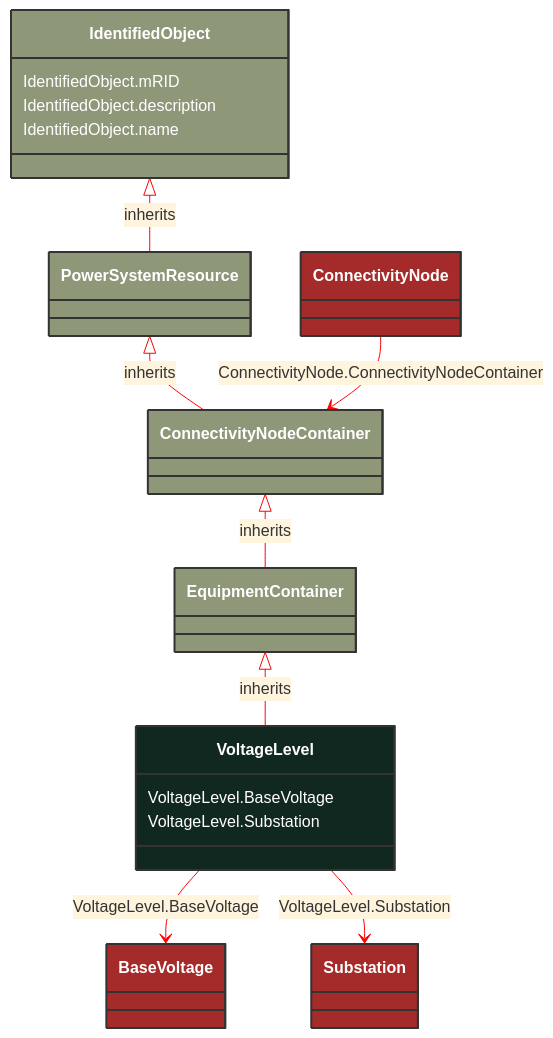
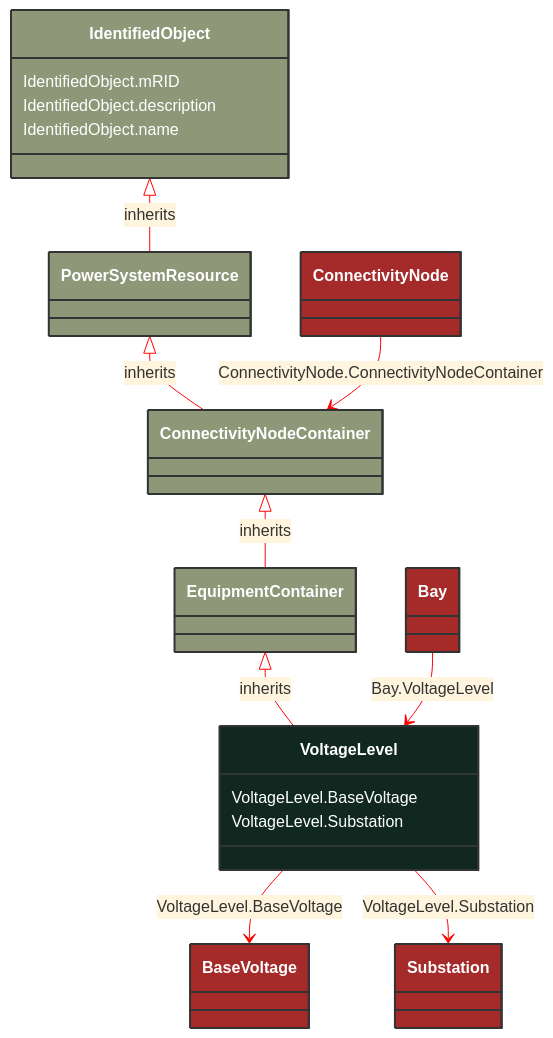
One commit to 3lbits/NoCIMExtensions changed the diagram in docs/Models/Profiles/Telemark-120BoundaryModel/ConcreteClasses/VoltageLevel.md. Above: the diagram before and after it, drawn with Mermaid. The commit also changed other lines of this file and 248 other files, not shown here.

````diff
--- a/docs/Models/Profiles/Telemark-120BoundaryModel/ConcreteClasses/VoltageLevel.md
+++ b/docs/Models/Profiles/Telemark-120BoundaryModel/ConcreteClasses/VoltageLevel.md
@@ -8,47 +8,53 @@
 ```mermaid
 %%{init: {'theme':'base','themeVariables': {'lineColor': '#FF0000'}}}%%
 classDiagram
     class VoltageLevel
     click VoltageLevel href "/Models/Profiles/Telemark-120BoundaryModel/ConcreteClasses/VoltageLevel/"
     style VoltageLevel fill:#102820,stroke:#333,stroke-width:2px,rx:10,ry:10,color:white
      
         EquipmentContainer <|-- VoltageLevel : inherits
-            click EquipmentContainer href "/Models/Profiles/Telemark-120BoundaryModel/ConcreteClasses/EquipmentContainer/"
+            click EquipmentContainer href "/Models/Profiles/Telemark-120BoundaryModel/AbstractClasses/EquipmentContainer/"
             style EquipmentContainer fill:#8F9779,stroke:#333,stroke-width:2px,rx:10,ry:10,color:white
      
         ConnectivityNodeContainer <|-- EquipmentContainer : inherits
-            click ConnectivityNodeContainer href "/Models/Profiles/Telemark-120BoundaryModel/ConcreteClasses/ConnectivityNodeContainer/"
+            click ConnectivityNodeContainer href "/Models/Profiles/Telemark-120BoundaryModel/AbstractClasses/ConnectivityNodeContainer/"
             style ConnectivityNodeContainer fill:#8F9779,stroke:#333,stroke-width:2px,rx:10,ry:10,color:white
      
         PowerSystemResource <|-- ConnectivityNodeContainer : inherits
             click PowerSystemResource href "/Models/Profiles/Telemark-120BoundaryModel/AbstractClasses/PowerSystemResource/"
             style PowerSystemResource fill:#8F9779,stroke:#333,stroke-width:2px,rx:10,ry:10,color:white
      
         IdentifiedObject <|-- PowerSystemResource : inherits
             click IdentifiedObject href "/Models/Profiles/Telemark-120BoundaryModel/AbstractClasses/IdentifiedObject/"
             style IdentifiedObject fill:#8F9779,stroke:#333,stroke-width:2px,rx:10,ry:10,color:white
 
         VoltageLevel --> BaseVoltage : VoltageLevel.BaseVoltage
 
         BaseVoltage
             click BaseVoltage href "/Models/Profiles/Telemark-120BoundaryModel/ConcreteClasses/BaseVoltage/"
             style BaseVoltage fill:#A52A2A,stroke:#333,stroke-width:2px,rx:10,ry:10,color:white
         VoltageLevel --> Substation : VoltageLevel.Substation
 
         Substation
             click Substation href "/Models/Profiles/Telemark-120BoundaryModel/ConcreteClasses/Substation/"
             style Substation fill:#A52A2A,stroke:#333,stroke-width:2px,rx:10,ry:10,color:white
 
+        Bay --> VoltageLevel : Bay.VoltageLevel
+
+        Bay
+            click Bay href "/Models/Profiles/Telemark-120BoundaryModel/ConcreteClasses/Bay/"
+            style Bay fill:#A52A2A,stroke:#333,stroke-width:2px,rx:10,ry:10,color:white
+
         ConnectivityNode --> ConnectivityNodeContainer : ConnectivityNode.ConnectivityNodeContainer
 
         ConnectivityNode
             click ConnectivityNode href "/Models/Profiles/Telemark-120BoundaryModel/ConcreteClasses/ConnectivityNode/"
             style ConnectivityNode fill:#A52A2A,stroke:#333,stroke-width:2px,rx:10,ry:10,color:white
 
 
         VoltageLevel : VoltageLevel.BaseVoltage
         VoltageLevel : VoltageLevel.Substation
         IdentifiedObject : IdentifiedObject.mRID
         IdentifiedObject : IdentifiedObject.description
         IdentifiedObject : IdentifiedObject.name
 ```
````
